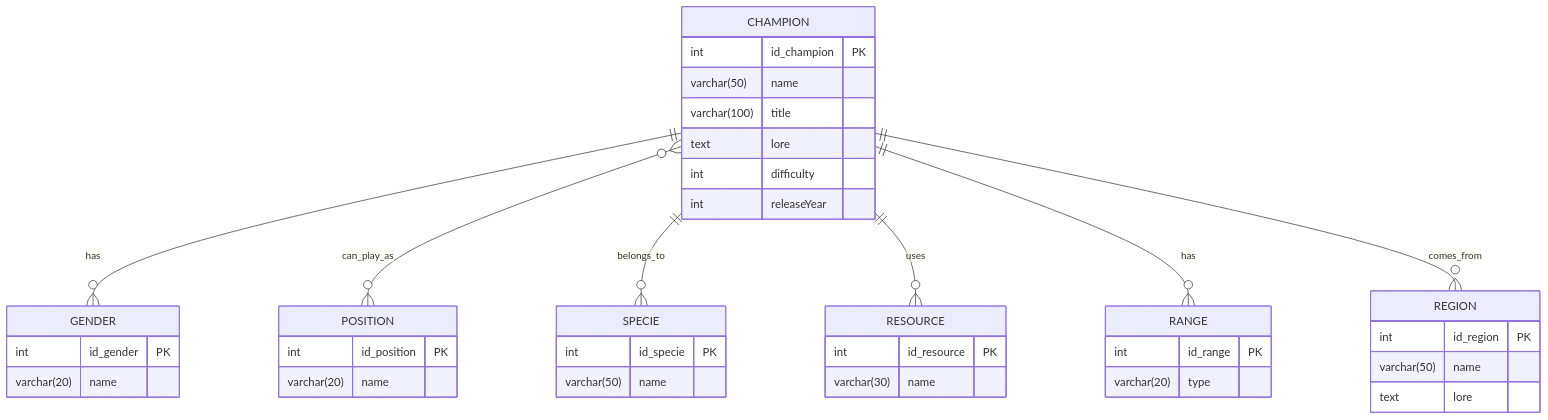
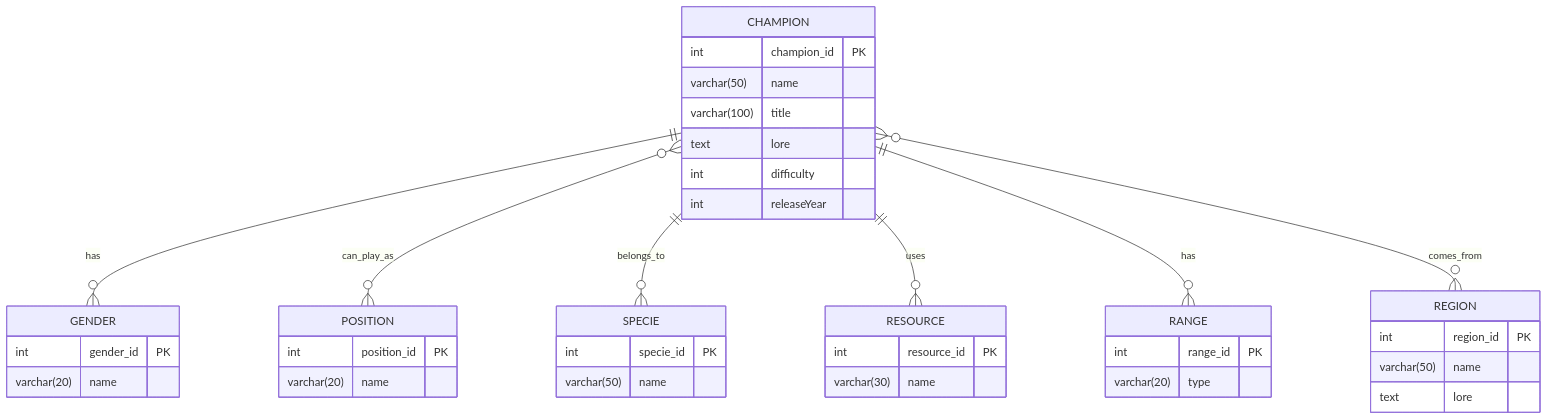
One commit to osman699/BTS2-CIEL-IR-MCD-2024-2025 changed the diagram in TP_integration_MCD.md. Above: the diagram before and after it, drawn with Mermaid.

````diff
--- a/TP_integration_MCD.md
+++ b/TP_integration_MCD.md
@@ -57,43 +57,43 @@
 ```mermaid
 erDiagram
     CHAMPION {
-        int id_champion PK
+        int champion_id PK
         varchar(50) name
         varchar(100) title
         text lore
         int difficulty
         int releaseYear
     }
     GENDER {
-        int id_gender PK
+        int gender_id PK
         varchar(20) name
     }
     POSITION {
-        int id_position PK
+        int position_id PK
         varchar(20) name
     }
     SPECIE {
-        int id_specie PK
+        int specie_id PK
         varchar(50) name
     }
     RESOURCE {
-        int id_resource PK
+        int resource_id PK
         varchar(30) name
     }
     RANGE {
-        int id_range PK
+        int range_id PK
         varchar(20) type
     }
     REGION {
-        int id_region PK
+        int region_id PK
         varchar(50) name
         text lore
     }
 
     CHAMPION ||--o{ GENDER : "has"
     CHAMPION }o--o{ POSITION : "can_play_as"
     CHAMPION ||--o{ SPECIE : "belongs_to"
     CHAMPION ||--o{ RESOURCE : "uses"
     CHAMPION ||--o{ RANGE : "has"
-    CHAMPION ||--o{ REGION : "comes_from"
+    CHAMPION }o--o{ REGION : "comes_from"
 ```
````
